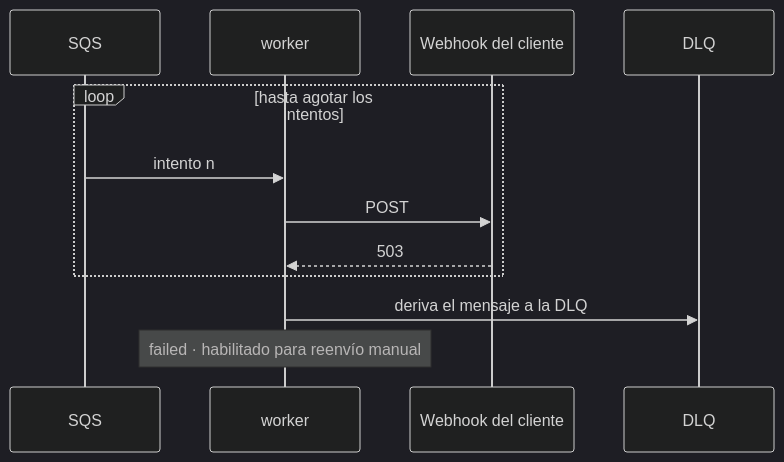
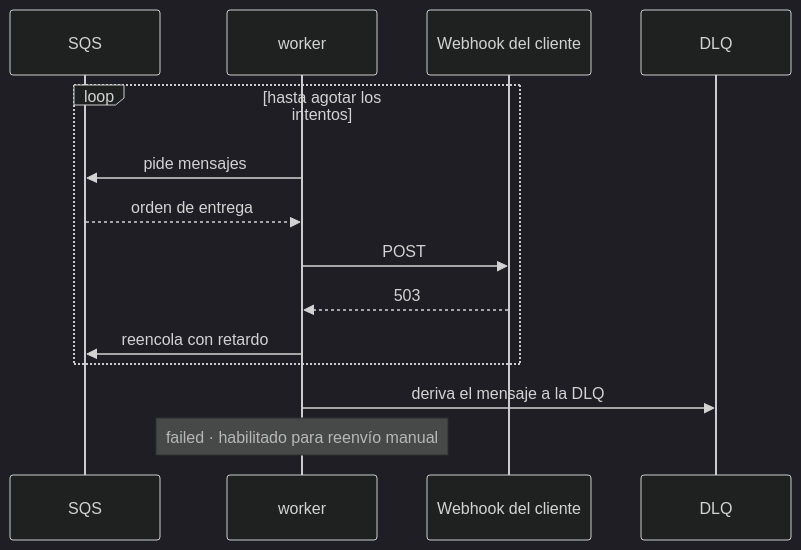
The fourth of 5 diagrams in README.md (ssalaza7/cobre-notification-delivery), drawn with Mermaid (dark theme) before and after one commit. The commit also changed other lines of this file and 5 other files, not shown here.

````diff
--- a/README.md
+++ b/README.md
@@ -217,15 +225,17 @@
 ```mermaid
 sequenceDiagram
     participant Q as SQS
     participant W as worker
     participant C as Webhook del cliente
     participant D as DLQ
 
     loop hasta agotar los intentos
-        Q->>W: intento n
+        W->>Q: pide mensajes
+        Q-->>W: orden de entrega
         W->>C: POST
         C-->>W: 503
+        W->>Q: reencola con retardo
     end
     W->>D: deriva el mensaje a la DLQ
     Note over W: failed · habilitado para reenvío manual
 ```
````
